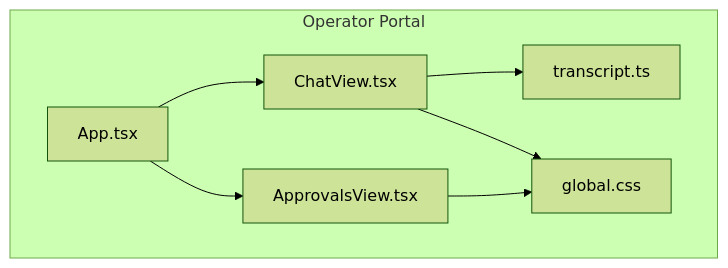
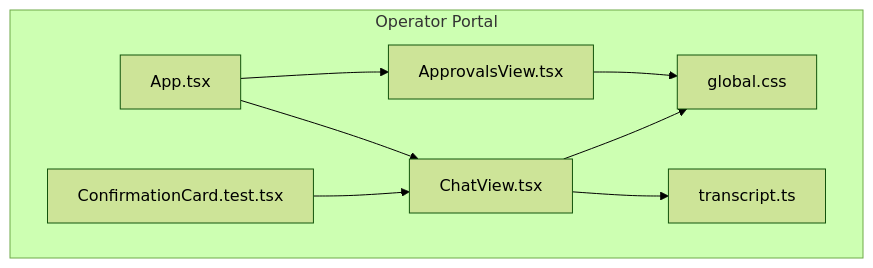
One commit to metasync/luban-aiops changed the first of 8 diagrams in .qoder/repowiki/en/content/Architecture Documentation/SPEC-034_ Approval & Owner Chat UX Polish.md. Above: the diagram before and after it, drawn with Mermaid (forest theme). The commit also changed other lines of this file and 3 other files, not shown here.

````diff
--- a/.qoder/repowiki/en/content/Architecture Documentation/SPEC-034_ Approval & Owner Chat UX Polish.md
+++ b/.qoder/repowiki/en/content/Architecture Documentation/SPEC-034_ Approval & Owner Chat UX Polish.md
@@ -56,15 +58,17 @@
 ```mermaid
 graph TB
 subgraph "Operator Portal"
 App["App.tsx"]
 Chat["ChatView.tsx"]
 Approvals["ApprovalsView.tsx"]
 Transcript["transcript.ts"]
 Styles["global.css"]
+Tests["ConfirmationCard.test.tsx"]
 end
 App --> Chat
 App --> Approvals
 Chat --> Transcript
 Chat --> Styles
 Approvals --> Styles
+Tests --> Chat
 ```
````
